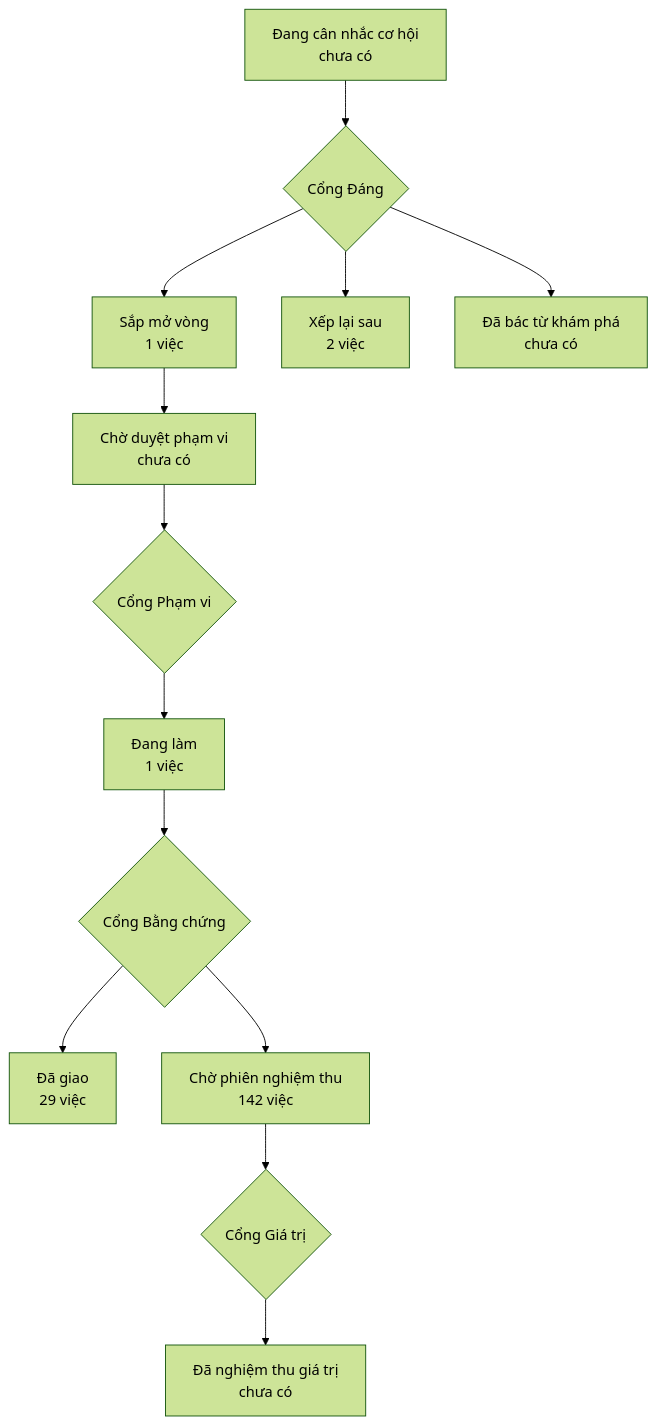
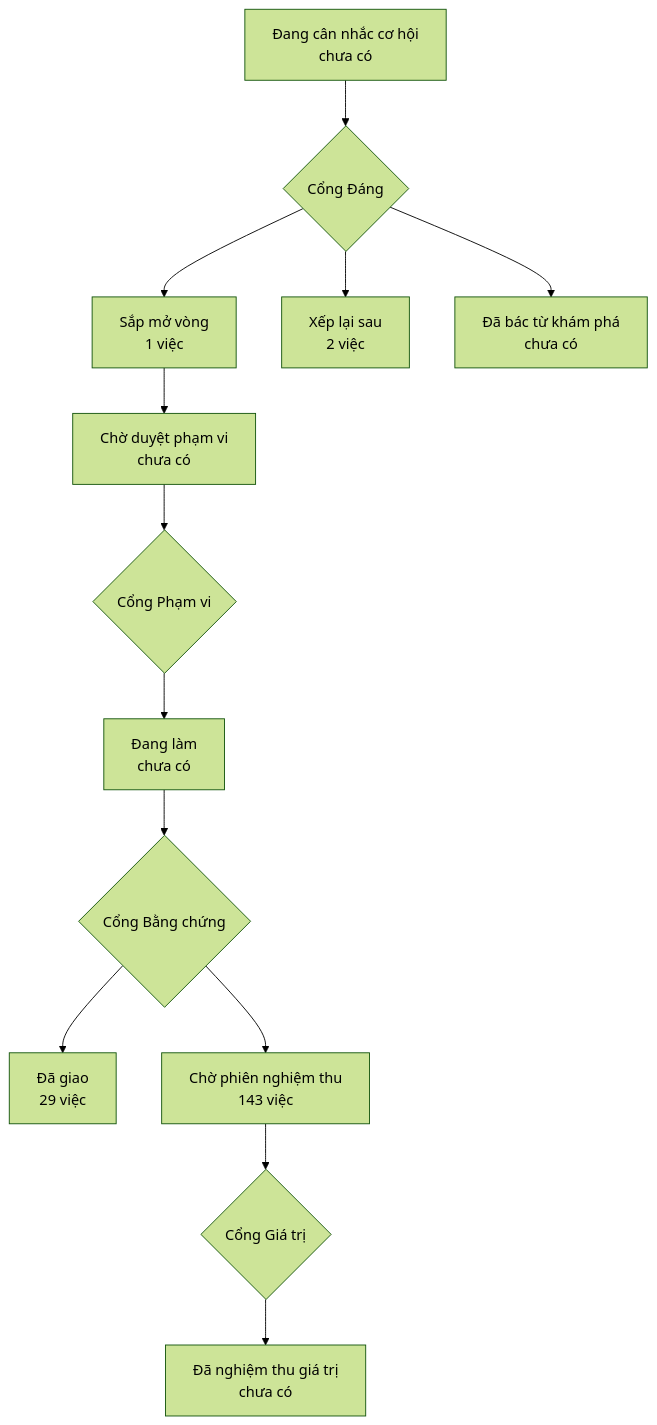
Before and after one commit to phanlemanh/onehub-quy-hang: the diagram in PRODUCT-MAP.md, drawn with Mermaid (forest theme). The commit also changed other lines of this file and 6 other files, not shown here.

````diff
--- a/PRODUCT-MAP.md
+++ b/PRODUCT-MAP.md
@@ -7,12 +7,12 @@
 ```mermaid
 flowchart TD
   A["Đang cân nhắc cơ hội<br/>chưa có"] --> GD{"Cổng Đáng"}
   GD --> B["Sắp mở vòng<br/>1 việc"]
   GD --> XL["Xếp lại sau<br/>2 việc"]
   GD --> DB["Đã bác từ khám phá<br/>chưa có"]
   B --> CD["Chờ duyệt phạm vi<br/>chưa có"] --> GP{"Cổng Phạm vi"}
-  GP --> DL["Đang làm<br/>1 việc"] --> GB{"Cổng Bằng chứng"}
+  GP --> DL["Đang làm<br/>chưa có"] --> GB{"Cổng Bằng chứng"}
   GB --> DG["Đã giao<br/>29 việc"]
-  GB --> CN["Chờ phiên nghiệm thu<br/>142 việc"] --> GG{"Cổng Giá trị"}
+  GB --> CN["Chờ phiên nghiệm thu<br/>143 việc"] --> GG{"Cổng Giá trị"}
   GG --> NT["Đã nghiệm thu giá trị<br/>chưa có"]
 ```
````
